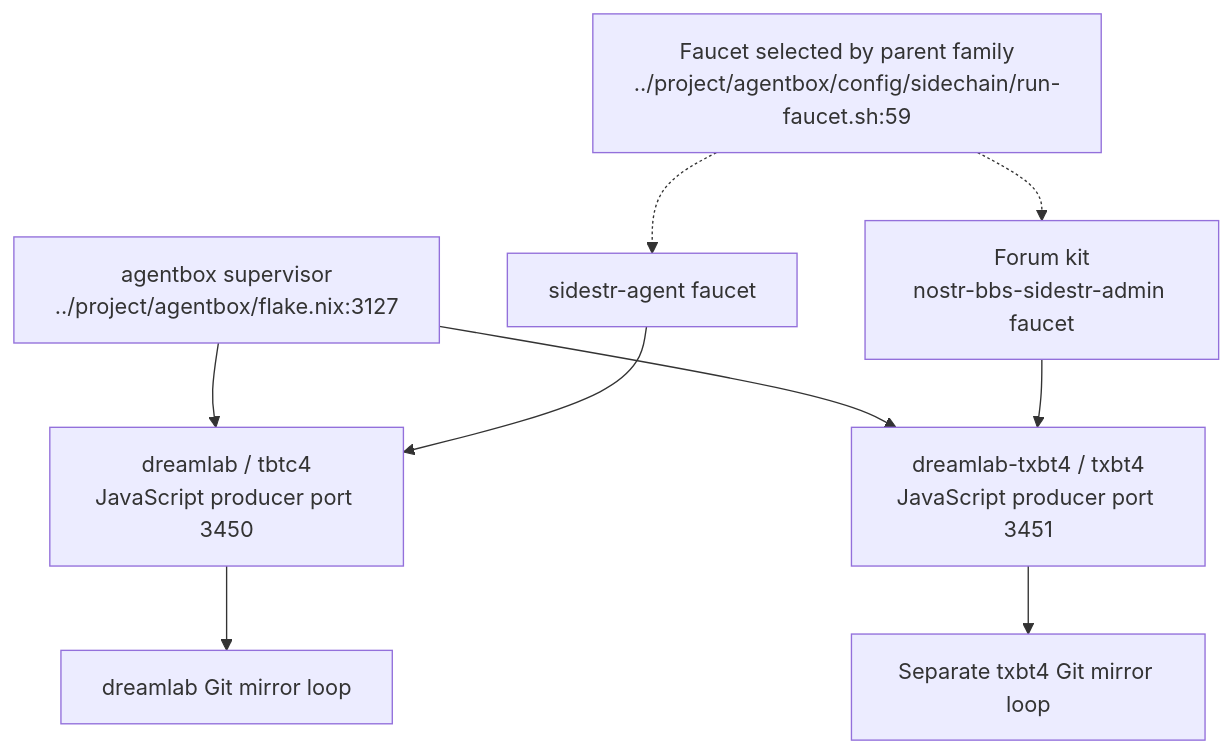
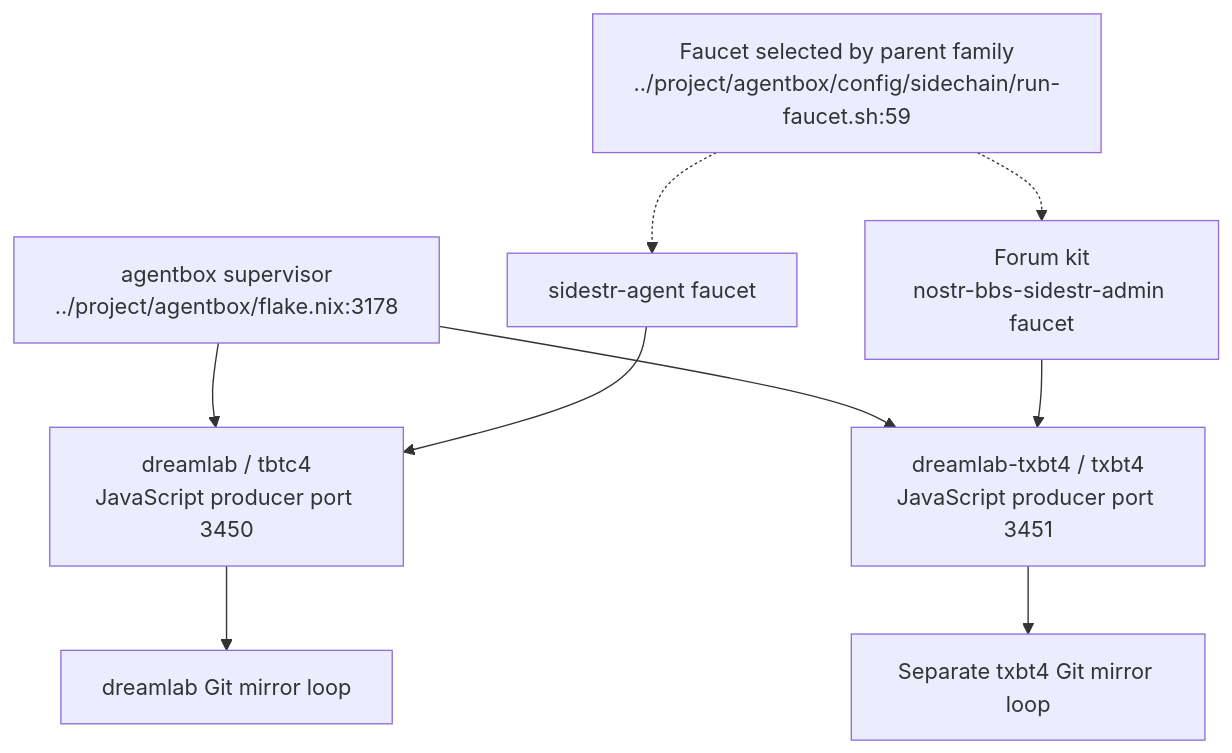
Before and after one commit to DreamLab-AI/VisionFlow: the fourth of 4 diagrams in docs/diagrams/sidestr-rs/01-workspace-oracles-and-live-boundary.md, drawn with Mermaid. The commit also changed other lines of this file and 154 other files, not shown here.

First line of the commit message:
docs(diagrams): re-stamp 154 topics whose every citation still reads the same text at the current heads

````diff
--- a/docs/diagrams/sidestr-rs/01-workspace-oracles-and-live-boundary.md
+++ b/docs/diagrams/sidestr-rs/01-workspace-oracles-and-live-boundary.md
@@ -133,12 +133,12 @@
 ```mermaid
 flowchart TB
-    AB["agentbox supervisor<br/>../project/agentbox/flake.nix:3127"]
+    AB["agentbox supervisor<br/>../project/agentbox/flake.nix:3178"]
     AB --> P1["dreamlab / tbtc4<br/>JavaScript producer port 3450"]
     AB --> P2["dreamlab-txbt4 / txbt4<br/>JavaScript producer port 3451"]
     F1["sidestr-agent faucet"] --> P1
     F2["Forum kit<br/>nostr-bbs-sidestr-admin faucet"] --> P2
     P1 --> M1["dreamlab Git mirror loop"]
     P2 --> M2["Separate txbt4 Git mirror loop"]
     ROUTE["Faucet selected by parent family<br/>../project/agentbox/config/sidechain/run-faucet.sh:59"] -.-> F1
     ROUTE -.-> F2
 ```
````
